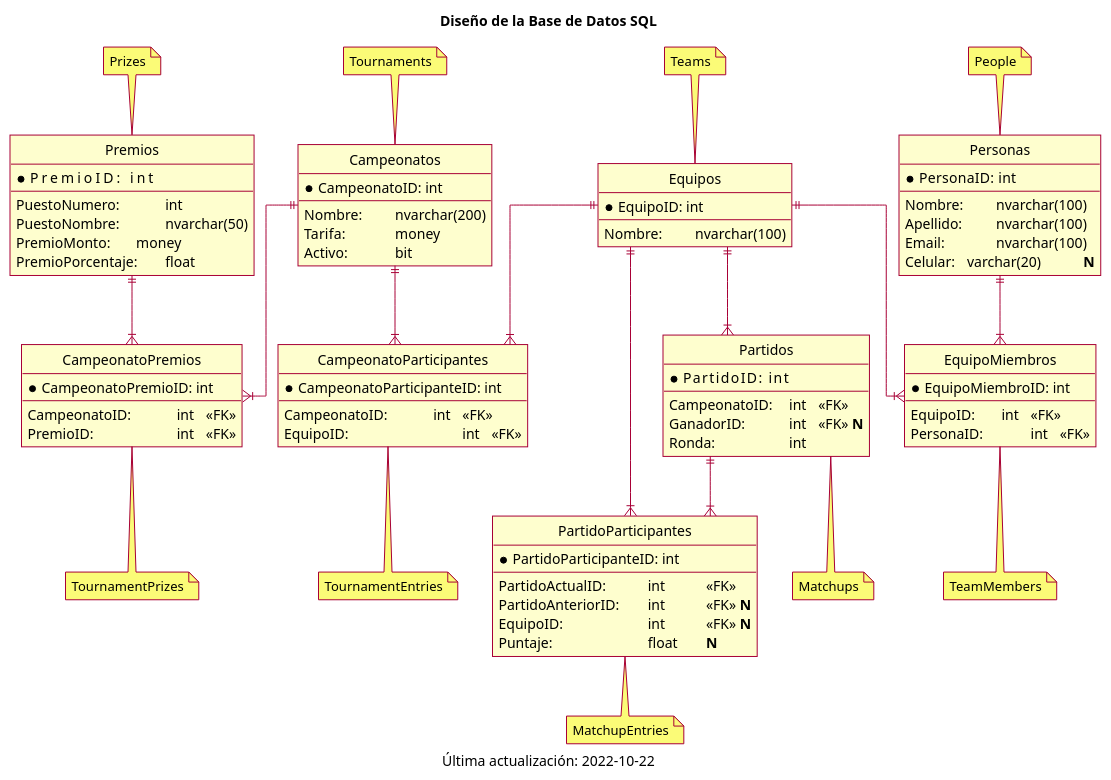
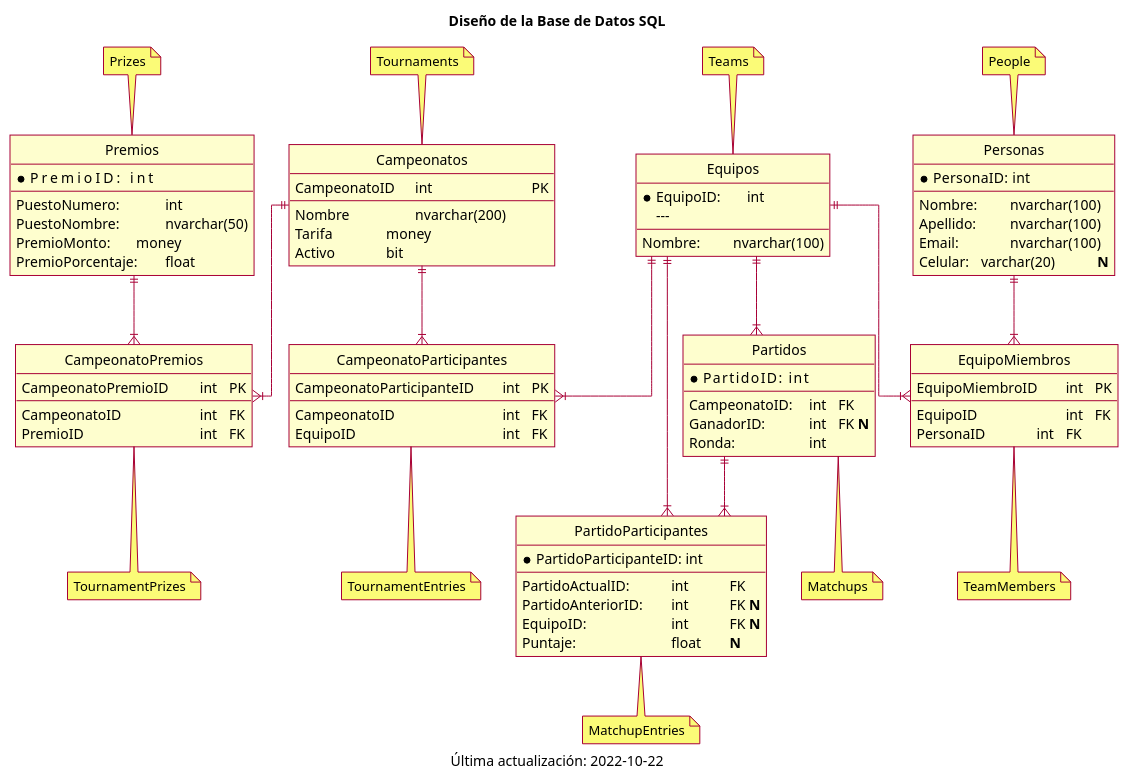
Before and after one commit to zherar7ordoya/AP5: the diagram in (EndGame)/Tournament Tracker/1) Planificación/9) Diseño de la Base de Datos SQL.puml, drawn with PlantUML. The commit also changed other lines of this file and 10 other files, not shown here.

```diff
--- a/(EndGame)/Tournament Tracker/1) Planificación/9) Diseño de la Base de Datos SQL.puml
+++ b/(EndGame)/Tournament Tracker/1) Planificación/9) Diseño de la Base de Datos SQL.puml
@@ -9,148 +10,148 @@
 @startuml GESTOR DE CAMPEONATOS
 
 ' Configuración de plantilla.
 skin rose
 skinparam classFontName Calibri
 skinparam shadowing false
 
 ' Configuración de diagrama.
 hide circle
 skinparam linetype ortho
 
 ' ──────────────────────────────────────────────────────────────────────────────
 
 title Diseño de la Base de Datos SQL
 
 ' ─── OBJETOS ──────────────────────────────────────────────────────────────────
 
 entity "CampeonatoParticipantes"
 {
-    *CampeonatoParticipanteID: int
-    --
-    CampeonatoID:           \t int \t <<FK>>
-    EquipoID:           \t\t\t int \t <<FK>>
+    CampeonatoParticipanteID \t int \t PK 
+    ---
+    CampeonatoID         \t\t\t int \t FK
+    EquipoID           \t\t\t\t int \t FK
 }
 
 
 entity "CampeonatoPremios"
 {
-    *CampeonatoPremioID: int
-    --
-    CampeonatoID:     \t int \t <<FK>>
-    PremioID:       \t\t int \t <<FK>>
+    CampeonatoPremioID \t int \t PK
+    ---
+    CampeonatoID     \t\t int \t FK
+    PremioID       \t\t\t int \t FK
 }
 
 
 entity "Campeonatos"
 {
-    *CampeonatoID: int
-    --
-    Nombre:     \t nvarchar(200)
-    Tarifa:   \t\t money
-    Activo:     \t bit
+    CampeonatoID \t int \t\t\t\t PK
+    ---
+    Nombre     \t\t nvarchar(200)
+    Tarifa     \t\t money
+    Activo     \t\t bit
 }
 
 
 entity "EquipoMiembros"
 {
-    *EquipoMiembroID: int
-    --
-    EquipoID:      \t int \t <<FK>>
-    PersonaID:     \t int \t <<FK>>
+    EquipoMiembroID \t int \t PK
+    ---
+    EquipoID    \t\t\t int \t FK
+    PersonaID     \t\t int \t FK
 }
 
 
 entity "Equipos"
 {
-    *EquipoID: int
-    --
+   *EquipoID: \t int
+    ---
     Nombre: \t nvarchar(100)
 }
 
 
 entity "PartidoParticipantes"
 {
     *PartidoParticipanteID: int
     --
-    PartidoActualID:     \t int   \t <<FK>>
-    PartidoAnteriorID:   \t int   \t <<FK>> **N**
-    EquipoID:          \t\t int   \t <<FK>> **N**
+    PartidoActualID:     \t int   \t FK
+    PartidoAnteriorID:   \t int   \t FK **N**
+    EquipoID:          \t\t int   \t FK **N**
     Puntaje:           \t\t float \t **N**
 }
 
 
 entity "Partidos"
 {
     *PartidoID:      int
     --
-    CampeonatoID: \t int \t <<FK>>
-    GanadorID:    \t int \t <<FK>> **N**
+    CampeonatoID: \t int \t FK
+    GanadorID:    \t int \t FK **N**
     Ronda:      \t\t int
 }
 
 
 entity "Personas"
 {
     *PersonaID:  int
     --
     Nombre:   \t nvarchar(100)
     Apellido: \t nvarchar(100)
     Email:  \t\t nvarchar(100)
     Celular:  \t varchar(20)   \t **N**
 }
 
 
 entity "Premios"
 {
     *PremioID:           int
     --
     PuestoNumero:     \t int
     PuestoNombre:     \t nvarchar(50)
     PremioMonto:      \t money
     PremioPorcentaje: \t float
 }
 
 ' ─── RELACIONES ───────────────────────────────────────────────────────────────
 
 Campeonatos ||--|{ CampeonatoParticipantes
 Campeonatos ||--|{ CampeonatoPremios
 
 Equipos     ||--|{ CampeonatoParticipantes
 Equipos     ||--|{ EquipoMiembros
 Equipos     ||--|{ PartidoParticipantes
 Equipos     ||--|{ Partidos
 
 Partidos    ||--|{ PartidoParticipantes
 
 Personas    ||--|{ EquipoMiembros
 
 Premios     ||--|{ CampeonatoPremios
 
 ' ─── NOTAS ────────────────────────────────────────────────────────────────────
 note top of Premios: Prizes
 note top of Campeonatos: Tournaments
 note top of Equipos: Teams
 note top of Personas: People
 
 note "TournamentPrizes" as N1
 CampeonatoPremios .. N1
 
 note "TournamentEntries" as N2
 CampeonatoParticipantes .. N2
 
 note "MatchupEntries" as N3
 PartidoParticipantes .. N3
 
 note "Matchups" as N4
 Partidos .. N4
 
 note "TeamMembers" as N5
 EquipoMiembros .. N5
 
 ' ──────────────────────────────────────────────────────────────────────────────
 
 caption Última actualización: 2022-10-22
 
 ' ──────────────────────────────────────────────────────────────────────────────
 
 @enduml
```
